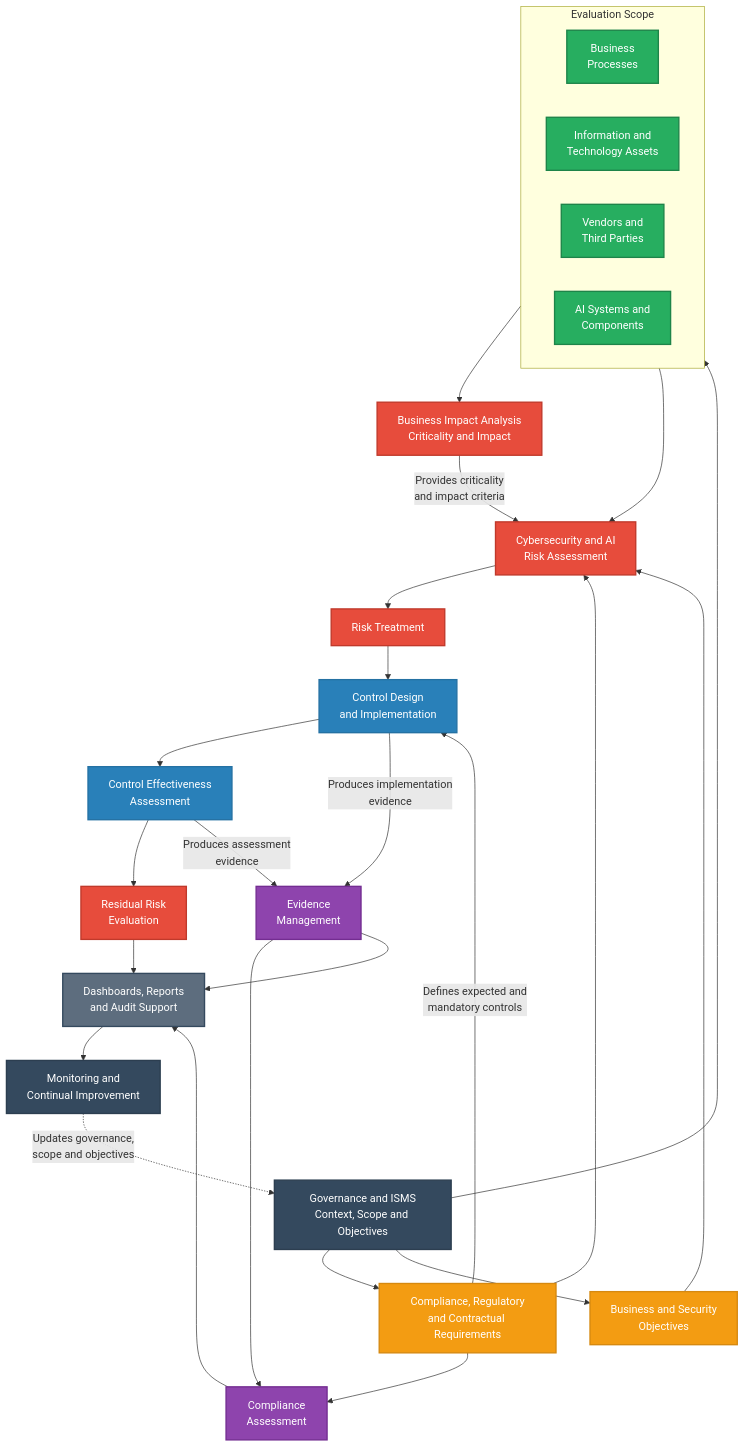
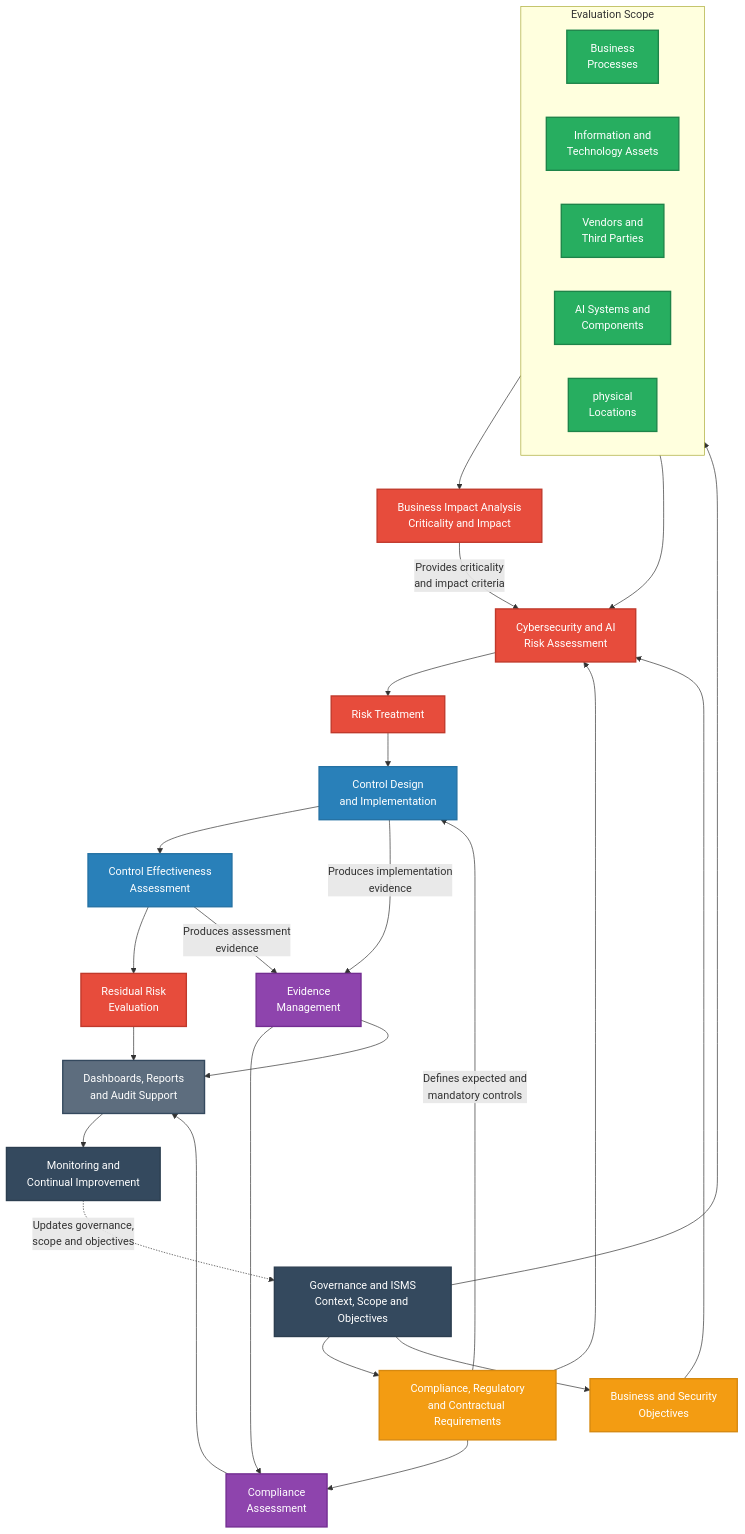
One commit to rodolfo-lopez-GRC/grc4ciso changed the first of 5 diagrams in grc4ciso_readme.md. Above: the diagram before and after it, drawn with Mermaid. The commit also changed other lines of this file, not shown here.

Commit message:
Add physical locations to data asset diagram

````diff
--- a/grc4ciso_readme.md
+++ b/grc4ciso_readme.md
@@ -23,75 +23,76 @@
 ```mermaid
 flowchart TD
     %% Style Definitions
     classDef governance fill:#34495e,color:#ffffff,stroke:#2c3e50,stroke-width:2px
     classDef requirement fill:#f39c12,color:#ffffff,stroke:#d68910,stroke-width:2px
     classDef scope fill:#27ae60,color:#ffffff,stroke:#1e8449,stroke-width:2px
     classDef risk fill:#e74c3c,color:#ffffff,stroke:#c0392b,stroke-width:2px
     classDef control fill:#2980b9,color:#ffffff,stroke:#2471a3,stroke-width:2px
     classDef assurance fill:#8e44ad,color:#ffffff,stroke:#732d91,stroke-width:2px
     classDef reporting fill:#5d6d7e,color:#ffffff,stroke:#34495e,stroke-width:2px
 
     %% Governance
     ISMS["Governance and ISMS<br/>Context, Scope and Objectives"]:::governance
 
     %% Requirements and Drivers
     REQ["Compliance, Regulatory<br/>and Contractual Requirements"]:::requirement
     OBJ["Business and Security<br/>Objectives"]:::requirement
 
     %% Evaluation Scope
     subgraph SCOPE["Evaluation Scope"]
         direction LR
         PROC["Business<br/>Processes"]:::scope
         ASSET["Information and<br/>Technology Assets"]:::scope
         THIRD["Vendors and<br/>Third Parties"]:::scope
         AI["AI Systems and<br/>Components"]:::scope
+        PL["physical <br/>Locations"]:::scope
     end
 
     %% Assessment
     BIA["Business Impact Analysis<br/>Criticality and Impact"]:::risk
     RISK["Cybersecurity and AI<br/>Risk Assessment"]:::risk
 
     %% Treatment and Controls
     TREAT["Risk Treatment"]:::risk
     CTRL["Control Design<br/>and Implementation"]:::control
     TEST["Control Effectiveness<br/>Assessment"]:::control
     RESIDUAL["Residual Risk<br/>Evaluation"]:::risk
 
     %% Assurance
     EVIDENCE["Evidence<br/>Management"]:::assurance
     COMPLIANCE["Compliance<br/>Assessment"]:::assurance
     REPORTING["Dashboards, Reports<br/>and Audit Support"]:::reporting
     IMPROVE["Monitoring and<br/>Continual Improvement"]:::governance
 
     %% Governance Relationships
     ISMS --> REQ
     ISMS --> OBJ
     ISMS --> SCOPE
 
     %% Scope and Assessment
     OBJ --> RISK
     REQ --> RISK
     SCOPE --> BIA
     SCOPE --> RISK
     BIA -->|"Provides criticality<br/>and impact criteria"| RISK
 
     %% Risk and Control Lifecycle
     RISK --> TREAT
     TREAT --> CTRL
     REQ -->|"Defines expected and<br/>mandatory controls"| CTRL
     CTRL --> TEST
     TEST --> RESIDUAL
 
     %% Evidence and Compliance
     CTRL -->|"Produces implementation<br/>evidence"| EVIDENCE
     TEST -->|"Produces assessment<br/>evidence"| EVIDENCE
     EVIDENCE --> COMPLIANCE
     REQ --> COMPLIANCE
 
     %% Reporting and Improvement
     RESIDUAL --> REPORTING
     COMPLIANCE --> REPORTING
     EVIDENCE --> REPORTING
     REPORTING --> IMPROVE
     IMPROVE -.->|"Updates governance,<br/>scope and objectives"| ISMS
 ```
````
